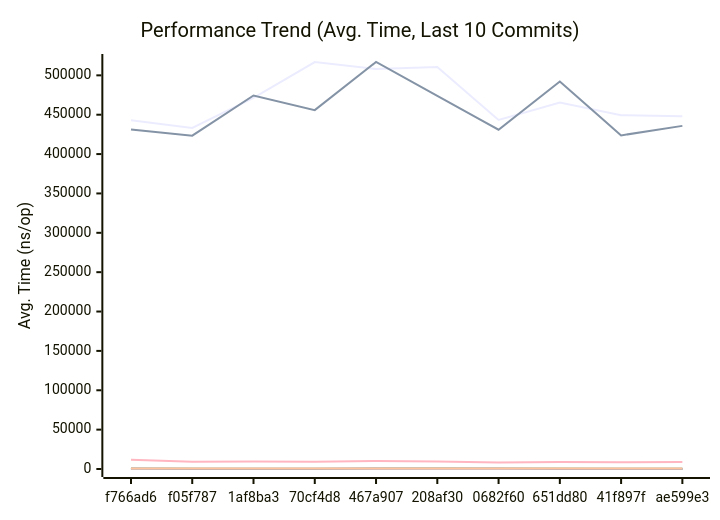
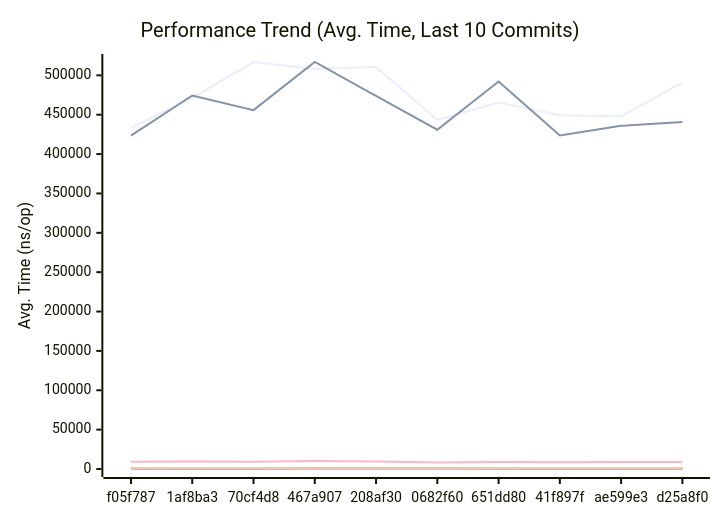
Before and after one commit to alsotoes/momo: the first of 3 diagrams in docs/PERFORMANCE.md, drawn with Mermaid. The commit also changed other lines of this file and 4 other files, not shown here.

````diff
--- a/docs/PERFORMANCE.md
+++ b/docs/PERFORMANCE.md
@@ -145,20 +145,20 @@
 ```mermaid
 xychart-beta
     title "Performance Trend (Avg. Time, Last 10 Commits)"
     x-axis "Commit"
     y-axis "Avg. Time (ns/op)"
-    x-axis [f766ad6,f05f787,1af8ba3,70cf4d8,467a907,208af30,0682f60,651dd80,41f897f,ae599e3]
-    line "AWSChunkedReaderSigned" [442836,433269,471486,516881,507945,510634,443312,465495,449386,448000]
-    line "AWSChunkedReaderUnsigned" [431233,423356,474357,455846,516953,473850,430915,492166,423737,435828]
-    line "CheckMetricsAndSwap" [8,8,8,10,11,10,9,8,8,9]
-    line "CrushOptimized" [380,323,350,364,346,377,292,388,386,330]
-    line "CrushOriginal" [566,539,458,474,505,535,424,557,423,425]
+    x-axis [f05f787,1af8ba3,70cf4d8,467a907,208af30,0682f60,651dd80,41f897f,ae599e3,d25a8f0]
+    line "AWSChunkedReaderSigned" [433269,471486,516881,507945,510634,443312,465495,449386,448000,490719]
+    line "AWSChunkedReaderUnsigned" [423356,474357,455846,516953,473850,430915,492166,423737,435828,440689]
+    line "CheckMetricsAndSwap" [8,8,10,11,10,9,8,8,9,8]
+    line "CrushOptimized" [323,350,364,346,377,292,388,386,330,354]
+    line "CrushOriginal" [539,458,474,505,535,424,557,423,425,439]
     line "IndexDirectTracking" [0,0,0,0,0,0,0,0,0,0]
-    line "IndexSearch" [3,3,3,3,3,3,3,3,2,2]
-    line "LoadGlobalConfig" [11718,9120,9517,9076,10103,9520,8358,8807,8472,8919]
-    line "PadString" [45,44,44,45,50,50,38,50,47,41]
+    line "IndexSearch" [3,3,3,3,3,3,3,2,2,2]
+    line "LoadGlobalConfig" [9120,9517,9076,10103,9520,8358,8807,8472,8919,8791]
+    line "PadString" [44,44,45,50,50,38,50,47,41,47]
     line "ParseReplicationOrder_NoPrealloc" [350,349,357,354,345,225,229,165,232,234]
     line "ParseReplicationOrder_Prealloc" [229,231,237,234,229,108,107,80,110,109]
-    line "SanitizeLog/Safe" [620,444,474,429,578,516,490,475,259,236]
-    line "SanitizeLog/Unsafe" [535,520,580,718,732,656,551,638,691,701]
+    line "SanitizeLog/Safe" [444,474,429,578,516,490,475,259,236,446]
+    line "SanitizeLog/Unsafe" [520,580,718,732,656,551,638,691,701,564]
 ```
````
